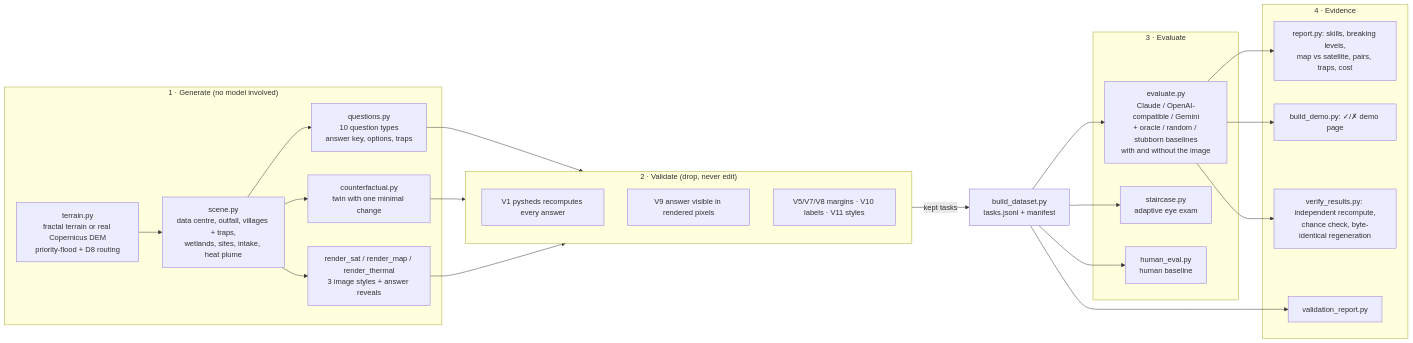
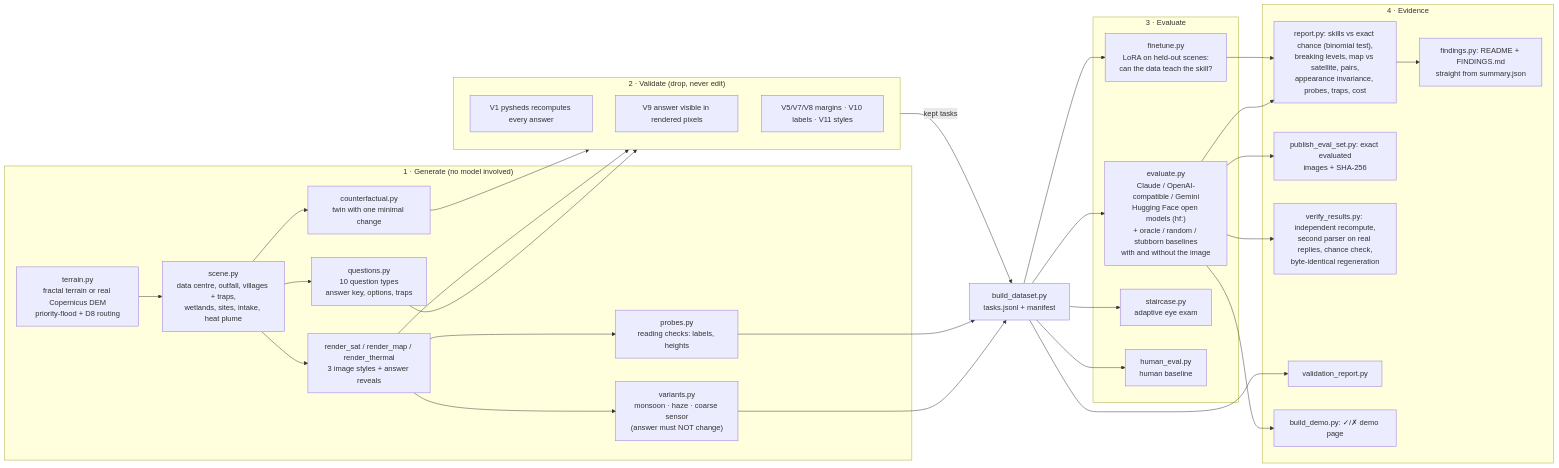
Before and after one commit to yugesh1111/THIRSTMAP: the diagram in docs/ARCHITECTURE.md, drawn with Mermaid. The commit also changed other lines of this file and 9 other files, not shown here.

Commit message:
Architecture: open models, probes, variants, fine-tuning, findings, eval set; chart in README findings; interim results

````diff
--- a/docs/ARCHITECTURE.md
+++ b/docs/ARCHITECTURE.md
@@ -3,35 +3,44 @@
 ```mermaid
 flowchart LR
   subgraph GEN["1 · Generate (no model involved)"]
     T["terrain.py<br/>fractal terrain or real Copernicus DEM<br/>priority-flood + D8 routing"] --> S["scene.py<br/>data centre, outfall, villages + traps,<br/>wetlands, sites, intake, heat plume"]
     S --> Q["questions.py<br/>10 question types<br/>answer key, options, traps"]
     S --> CF["counterfactual.py<br/>twin with one minimal change"]
     S --> R["render_sat / render_map / render_thermal<br/>3 image styles + answer reveals"]
+    R --> AV["variants.py<br/>monsoon · haze · coarse sensor<br/>(answer must NOT change)"]
+    R --> PR["probes.py<br/>reading checks: labels, heights"]
   end
   subgraph VAL["2 · Validate (drop, never edit)"]
     V1["V1 pysheds recomputes every answer"]
     V9["V9 answer visible in rendered pixels"]
     VM["V5/V7/V8 margins · V10 labels · V11 styles"]
   end
   subgraph EVAL["3 · Evaluate"]
-    E["evaluate.py<br/>Claude / OpenAI-compatible / Gemini<br/>+ oracle / random / stubborn baselines<br/>with and without the image"]
+    E["evaluate.py<br/>Claude / OpenAI-compatible / Gemini<br/>Hugging Face open models (hf:)<br/>+ oracle / random / stubborn baselines<br/>with and without the image"]
+    FT["finetune.py<br/>LoRA on held-out scenes:<br/>can the data teach the skill?"]
     ST["staircase.py<br/>adaptive eye exam"]
     H["human_eval.py<br/>human baseline"]
   end
   subgraph OUT["4 · Evidence"]
-    REP["report.py: skills, breaking levels,<br/>map vs satellite, pairs, traps, cost"]
-    VER["verify_results.py: independent recompute,<br/>chance check, byte-identical regeneration"]
+    REP["report.py: skills vs exact chance (binomial test),<br/>breaking levels, map vs satellite, pairs,<br/>appearance invariance, probes, traps, cost"]
+    FI["findings.py: README + FINDINGS.md<br/>straight from summary.json"]
+    ES["publish_eval_set.py: exact evaluated<br/>images + SHA-256"]
+    VER["verify_results.py: independent recompute,<br/>second parser on real replies, chance check,<br/>byte-identical regeneration"]
     VR["validation_report.py"]
     D["build_demo.py: ✓/✗ demo page"]
   end
   Q --> VAL
   R --> VAL
   CF --> VAL
   VAL -->|kept tasks| B["build_dataset.py<br/>tasks.jsonl + manifest"]
-  B --> E --> REP
+  AV --> B
+  PR --> B
+  B --> E --> REP --> FI
+  E --> ES
+  B --> FT --> REP
   B --> ST
   B --> H
   E --> D
   E --> VER
   B --> VR
 ```
````
